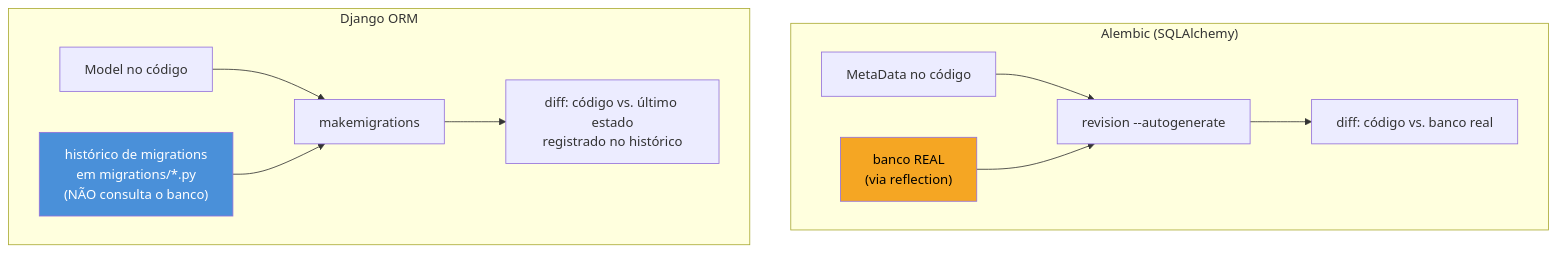
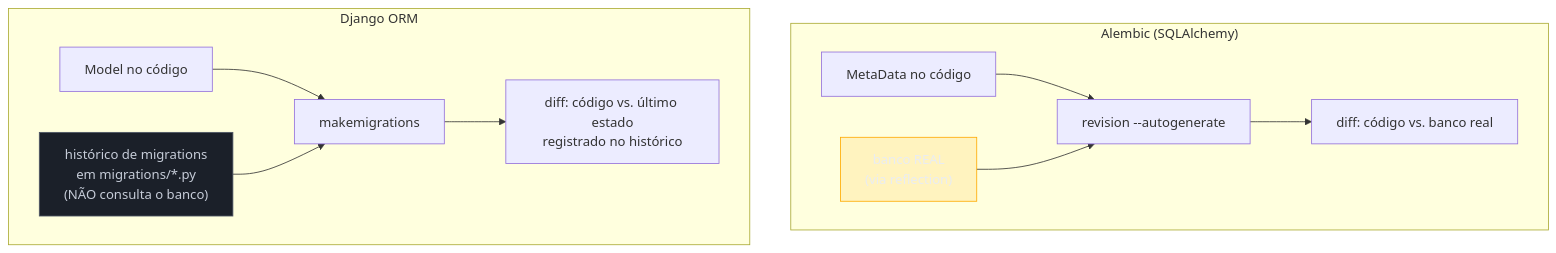
The second of 2 diagrams in 03-Dominios/Tecnologia/Python/Persistência de dados/04 - Django ORM — QuerySets, managers e migrations nativas.md (josenaldo/codex-technomanticus), drawn with Mermaid before and after one commit. The commit also changed other lines of this file and 1181 other files, not shown here.

First line of the commit message:
fix(diagramas): paleta do sistema no lugar de cor cravada no markdown

````diff
--- a/03-Dominios/Tecnologia/Python/Persistência de dados/04 - Django ORM — QuerySets, managers e migrations nativas.md
+++ b/03-Dominios/Tecnologia/Python/Persistência de dados/04 - Django ORM — QuerySets, managers e migrations nativas.md
@@ -301,17 +304,19 @@
 ```mermaid
 flowchart TB
+    classDef destaque fill:#FFAA0024,stroke:#FFAA00,color:#E9ECF2
+    classDef neutro fill:#1B2029,stroke:#4E5666,color:#C6CCD8
     subgraph Alembic["Alembic (SQLAlchemy)"]
         A1["MetaData no código"] --> A3["revision --autogenerate"]
         A2["banco REAL<br/>(via reflection)"] --> A3
         A3 --> A4["diff: código vs. banco real"]
     end
 
     subgraph Django["Django ORM"]
         D1["Model no código"] --> D3["makemigrations"]
         D2["histórico de migrations<br/>em migrations/*.py<br/>(NÃO consulta o banco)"] --> D3
         D3 --> D4["diff: código vs. último estado<br/>registrado no histórico"]
     end
 
-    style A2 fill:#F5A623,color:#000
-    style D2 fill:#4A90D9,color:#fff
+    class A2 destaque
+    class D2 neutro
 ```
````
